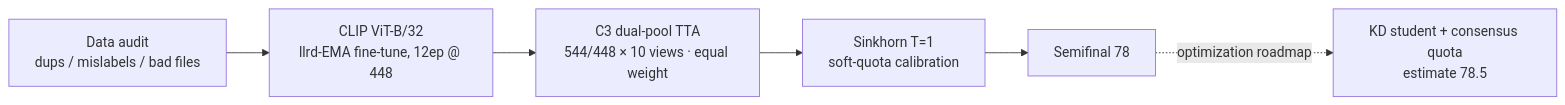
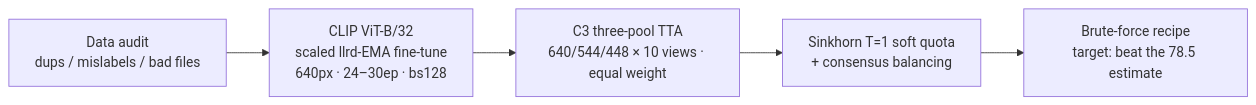
Before and after one commit to qiuy-ue/aic-2026-fine-grained-finetuning: the diagram in README.en.md, drawn with Mermaid. The commit also changed 1 other file, not shown here.

Commit message:
方案总览流程图整体替换为力大砖飞链路（放大微调 → 三池 TTA → 软配额+共识均衡 → 目标超 78.5）

````diff
--- a/README.en.md
+++ b/README.en.md
@@ -56,8 +56,7 @@
 ```mermaid
 flowchart LR
-    A[Data audit<br/>dups / mislabels / bad files] --> B[CLIP ViT-B/32<br/>llrd-EMA fine-tune, 12ep @ 448]
-    B --> C[C3 dual-pool TTA<br/>544/448 × 10 views · equal weight]
-    C --> D[Sinkhorn T=1<br/>soft-quota calibration]
-    D --> E[Semifinal 78]
-    E -.optimization roadmap.-> F[KD student + consensus quota<br/>estimate 78.5]
+    A[Data audit<br/>dups / mislabels / bad files] --> B[CLIP ViT-B/32<br/>scaled llrd-EMA fine-tune<br/>640px · 24–30ep · bs128]
+    B --> C[C3 three-pool TTA<br/>640/544/448 × 10 views · equal weight]
+    C --> D[Sinkhorn T=1 soft quota<br/>+ consensus balancing]
+    D --> E[Brute-force recipe<br/>target: beat the 78.5 estimate]
 ```
````
